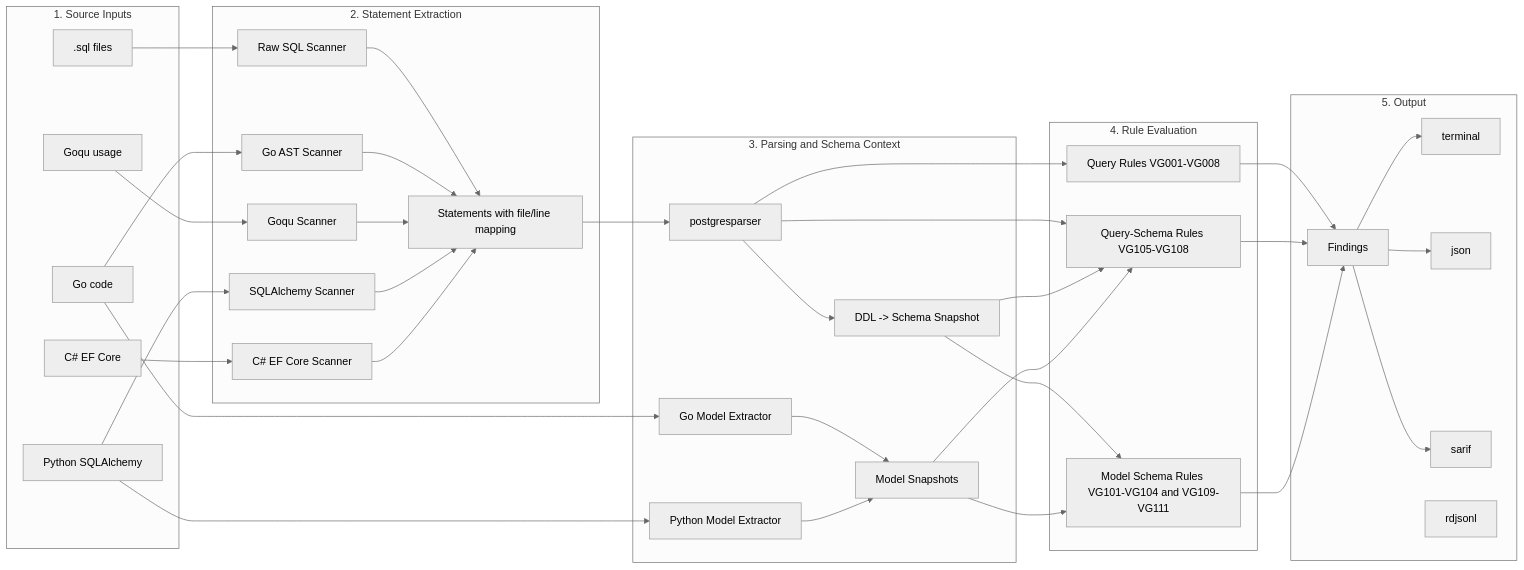
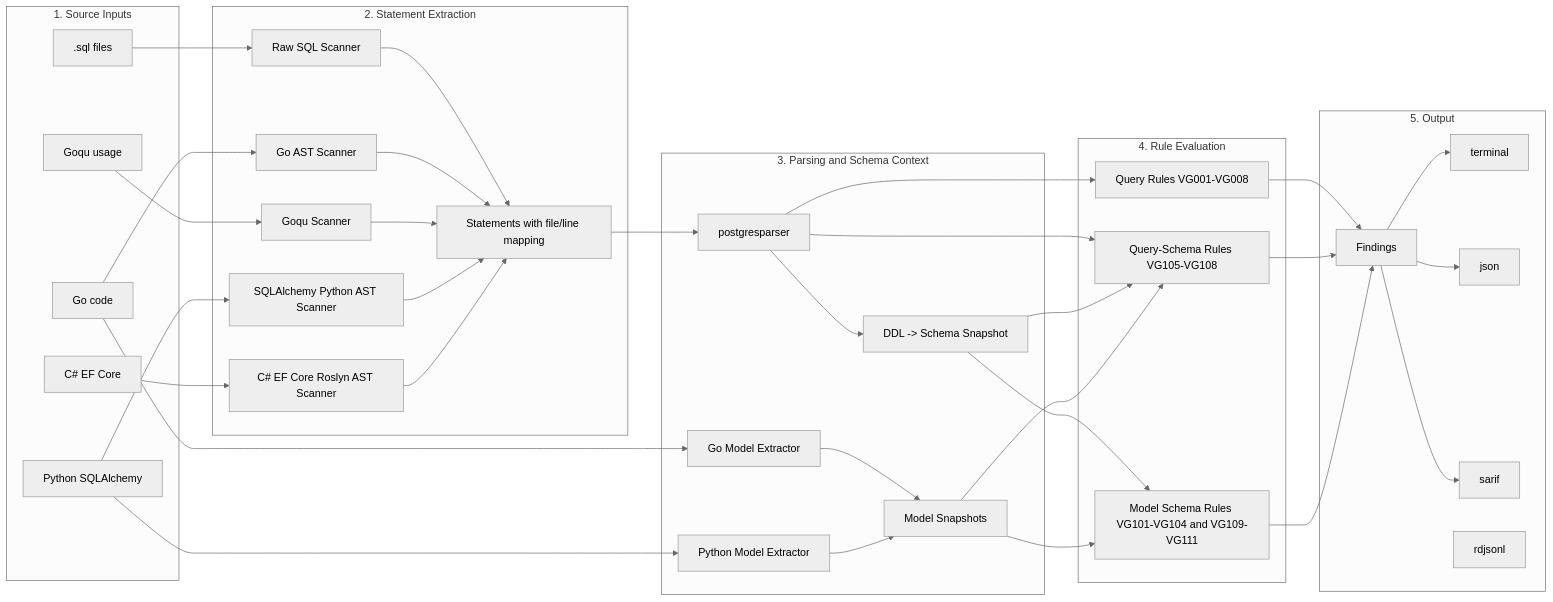
One commit to ValkDB/valk-guard changed the diagram in README.md. Above: the diagram before and after it, drawn with Mermaid (neutral theme). The commit also changed other lines of this file and 9 other files, not shown here.

````diff
--- a/README.md
+++ b/README.md
@@ -348,67 +358,67 @@
 ```mermaid
 flowchart LR
   subgraph S1["1. Source Inputs"]
     A1[".sql files"]
     A2["Go code"]
     A3["Goqu usage"]
     A4["Python SQLAlchemy"]
     A5["C# EF Core"]
   end
 
   subgraph S2["2. Statement Extraction"]
     B1["Raw SQL Scanner"]
     B2["Go AST Scanner"]
     B3["Goqu Scanner"]
-    B4["SQLAlchemy Scanner"]
-    B6["C# EF Core Scanner"]
+    B4["SQLAlchemy Python AST Scanner"]
+    B6["C# EF Core Roslyn AST Scanner"]
     B5["Statements with file/line mapping"]
   end
 
   subgraph S3["3. Parsing and Schema Context"]
     C1["postgresparser"]
     C2["DDL -> Schema Snapshot"]
     C3["Go Model Extractor"]
     C4["Python Model Extractor"]
     C5["Model Snapshots"]
   end
 
   subgraph S4["4. Rule Evaluation"]
     D1["Query Rules VG001-VG008"]
     D2["Query-Schema Rules VG105-VG108"]
     D3["Model Schema Rules VG101-VG104 and VG109-VG111"]
   end
 
   subgraph S5["5. Output"]
     E0["Findings"]
     E1["terminal"]
     E2["json"]
     E3["sarif"]
     E4["rdjsonl"]
   end
 
   A1 --> B1 --> B5
   A2 --> B2 --> B5
   A3 --> B3 --> B5
   A4 --> B4 --> B5
   A5 --> B6 --> B5
 
   B5 --> C1
   C1 --> D1
   C1 --> C2
   C1 --> D2
 
   A2 --> C3 --> C5
   A4 --> C4 --> C5
 
   C2 --> D2
   C5 --> D2
   C2 --> D3
   C5 --> D3
 
   D1 --> E0
   D2 --> E0
   D3 --> E0
   E0 --> E1
   E0 --> E2
   E0 --> E3
 ```
````
